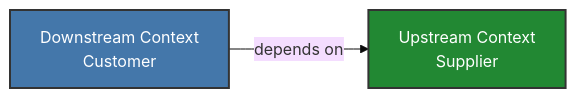
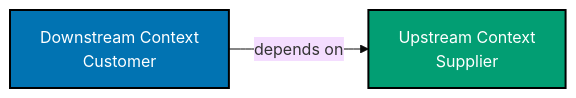
Before and after one commit to wahidyankf/open-sharia-enterprise: the second of 12 diagrams in docs/explanation/software-design/domain-driven-design-ddd/templates/ex-sode-dodrdedd-te__context-map-diagram.md, drawn with Mermaid (base theme). The commit also changed other lines of this file and 35 other files, not shown here.

````diff
--- a/docs/explanation/software-design/domain-driven-design-ddd/templates/ex-sode-dodrdedd-te__context-map-diagram.md
+++ b/docs/explanation/software-design/domain-driven-design-ddd/templates/ex-sode-dodrdedd-te__context-map-diagram.md
@@ -90,10 +90,10 @@
 ```mermaid
 graph LR
     DS[Downstream Context<br/>Customer]
     US[Upstream Context<br/>Supplier]
 
     DS -->|depends on| US
 
-    style DS fill:#4477AA,stroke:#333,stroke-width:2px,color:#FFFFFF
-    style US fill:#228833,stroke:#333,stroke-width:2px,color:#FFFFFF
+    style DS fill:#0173B2,stroke:#000000,stroke-width:2px,color:#FFFFFF
+    style US fill:#029E73,stroke:#000000,stroke-width:2px,color:#FFFFFF
 ```
````
